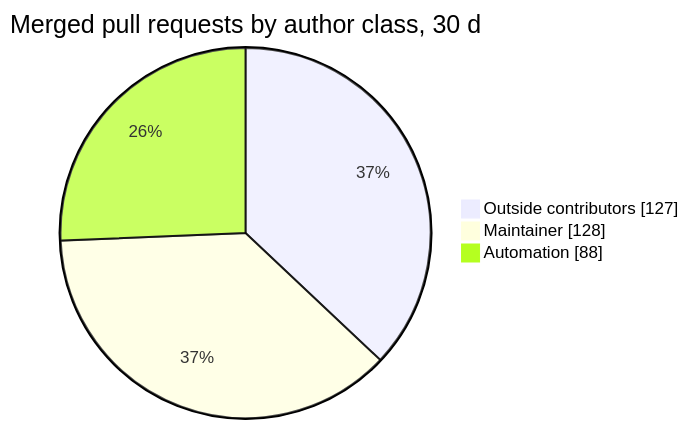
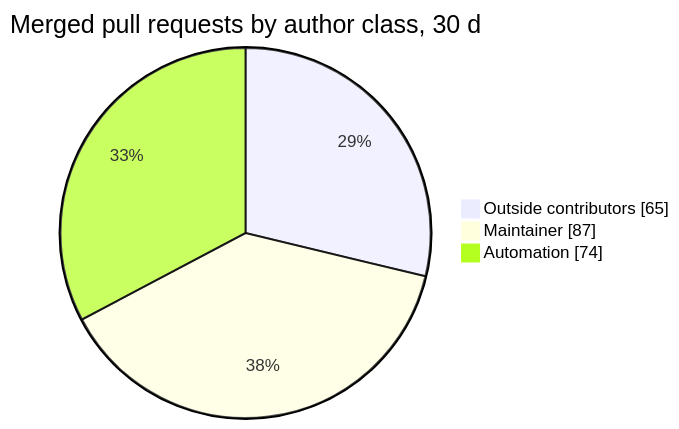
The third of 3 diagrams in project-pulse.md (sipyourdrink-ltd/bernstein), drawn with Mermaid before and after one commit. The commit also changed other lines of this file and 4 other files, not shown here.

````diff
--- a/project-pulse.md
+++ b/project-pulse.md
@@ -49,7 +49,7 @@
 ```mermaid
 pie showData
     title Merged pull requests by author class, 30 d
-    "Outside contributors" : 127
-    "Maintainer" : 128
-    "Automation" : 88
+    "Outside contributors" : 65
+    "Maintainer" : 87
+    "Automation" : 74
 ```
````
